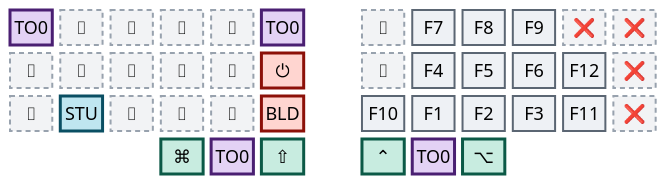
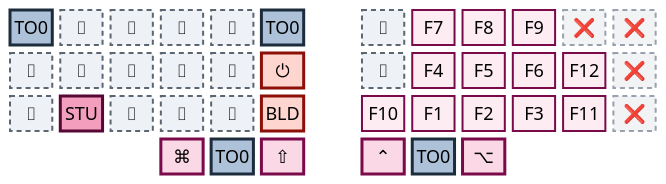
One commit to abloch/zmk-corne changed the sixth of 6 diagrams in README.md. Above: the diagram before and after it, drawn with Mermaid. The commit also changed other lines of this file, not shown here.

````diff
--- a/README.md
+++ b/README.md
@@ -228,24 +211,26 @@
 ```mermaid
-%%{init: {'theme':'base','themeVariables':{'primaryColor':'#eef1f5','primaryTextColor':'#0b0f14','primaryBorderColor':'#5b6673','nodeTextColor':'#0b0f14','textColor':'#0b0f14','mainBkg':'#eef1f5','fontSize':'18px'}}}%%
+%%{init: {'theme':'base','themeVariables':{'primaryColor':'#fdecf2','primaryTextColor':'#3a0523','primaryBorderColor':'#7a0a4a','nodeTextColor':'#3a0523','textColor':'#3a0523','mainBkg':'#fdecf2','fontSize':'18px'}}}%%
 block
 columns 13
 
   to0["TO0"] tra["⌷"] trb["⌷"] trc["⌷"] trd["⌷"] t0b["TO0"] space tre["⌷"] f7["F7"] f8["F8"] f9["F9"] x1["❌"] x2["❌"]
   trf["⌷"] trg["⌷"] trh["⌷"] tri["⌷"] trj["⌷"] off["⏻"] space trk["⌷"] f4["F4"] f5["F5"] f6["F6"] f12["F12"] x3["❌"]
   trl["⌷"] stu["STU"] trm["⌷"] trn["⌷"] tro["⌷"] bld["BLD"] space f10["F10"] f1["F1"] f2["F2"] f3["F3"] f11["F11"] x4["❌"]
   space:3 cmd["⌘"] t0c["TO0"] sft["⇧"] space ctl["⌃"] t0d["TO0"] alt["⌥"] space:3
 
-  classDef radio fill:#bfe6f0,stroke:#0a4f63,stroke-width:3px,color:#04222b
-  classDef danger fill:#ffd5d0,stroke:#8c1008,stroke-width:3px,color:#3d0603
-  classDef layerk fill:#e3d2f5,stroke:#4a1f72,stroke-width:3px,color:#240c39
-  classDef core fill:#eef1f5,stroke:#5b6673,stroke-width:2px,color:#0b0f14
-  classDef thumb fill:#c8ece0,stroke:#0b5946,stroke-width:3px,color:#06241c
+  classDef plain fill:#fdecf2,stroke:#7a0a4a,stroke-width:2px,color:#3a0523
+  classDef mod fill:#fbd8e5,stroke:#7a0a4a,stroke-width:3px,color:#3a0523
+  classDef spec fill:#f29ebc,stroke:#560735,stroke-width:3px,color:#250317
+  classDef goL0 fill:#adc2d8,stroke:#1d2c3d,stroke-width:3px,color:#060c12
+  classDef alert fill:#ffd5d0,stroke:#8c1008,stroke-width:3px,color:#3d0603
+  classDef ghost fill:#eef1f5,stroke:#5b6673,stroke-width:2px,stroke-dasharray:5 4,color:#5b6673
   classDef dead fill:#f2f3f5,stroke:#98a2ae,stroke-width:2px,stroke-dasharray:5 4,color:#5b6673
 
-  class stu radio
-  class off,bld danger
-  class to0,t0b,t0c,t0d layerk
-  class f1,f2,f3,f4,f5,f6,f7,f8,f9,f10,f11,f12 core
-  class cmd,sft,ctl,alt thumb
-  class tra,trb,trc,trd,tre,trf,trg,trh,tri,trj,trk,trl,trm,trn,tro,x1,x2,x3,x4 dead
+  class f1,f2,f3,f4,f5,f6,f7,f8,f9,f10,f11,f12 plain
+  class cmd,sft,ctl,alt mod
+  class stu spec
+  class to0,t0b,t0c,t0d goL0
+  class off,bld alert
+  class tra,trb,trc,trd,tre,trf,trg,trh,tri,trj,trk,trl,trm,trn,tro ghost
+  class x1,x2,x3,x4 dead
 ```
````
